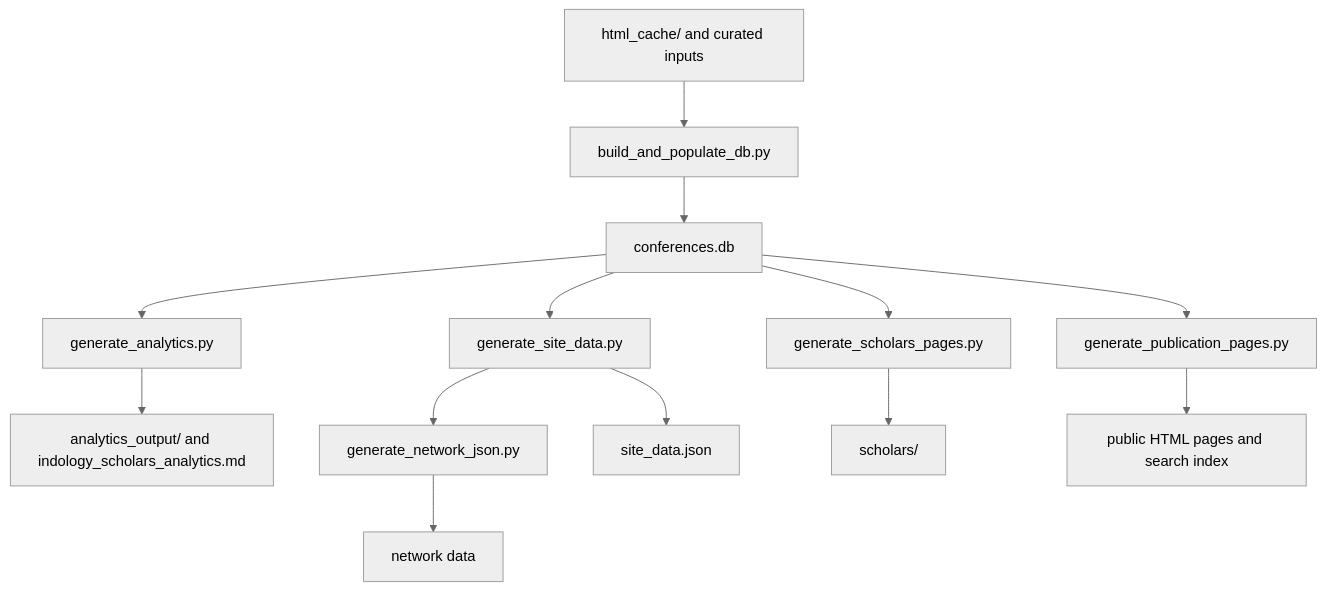
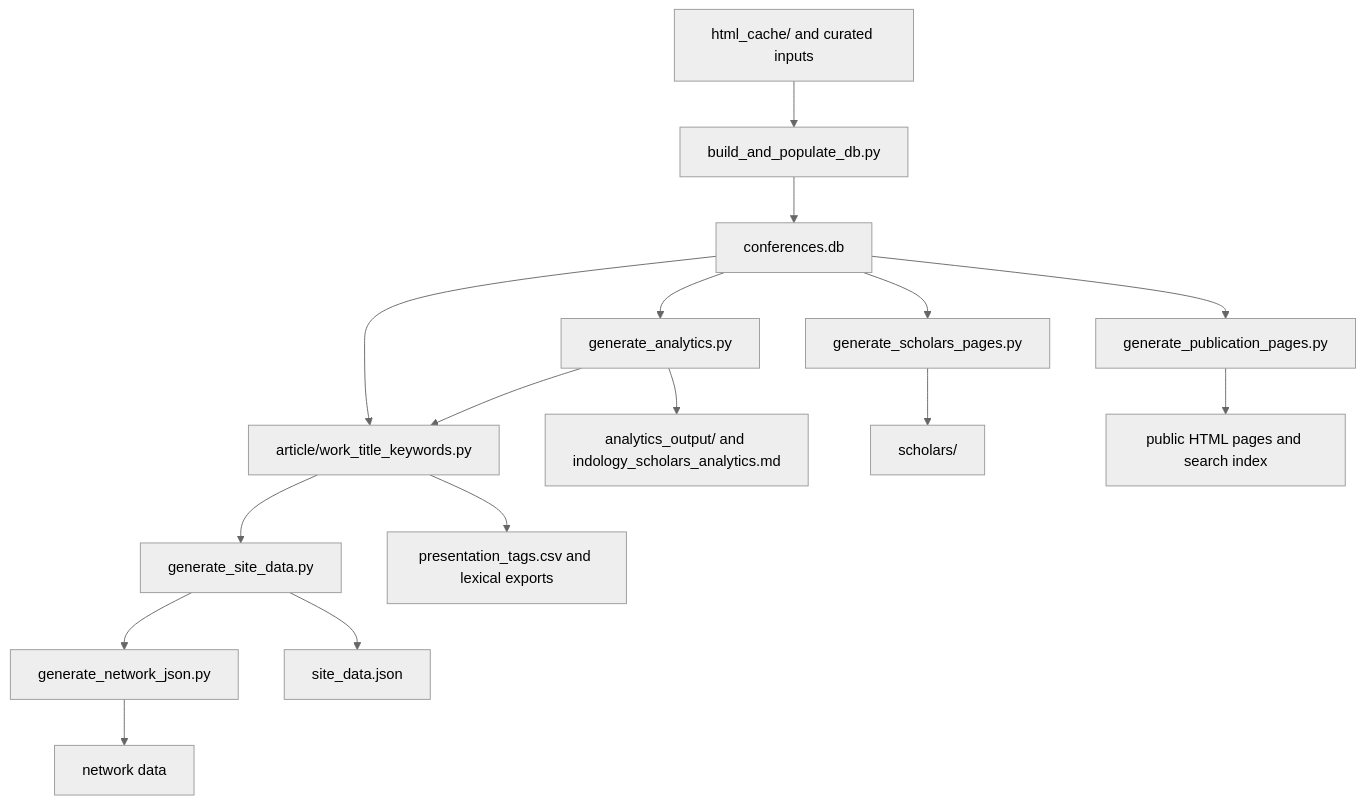
One commit to gasyoun/IndologyScholars changed the diagram in docs/development-en.md. Above: the diagram before and after it, drawn with Mermaid (neutral theme). The commit also changed other lines of this file and 86 other files, not shown here.

````diff
--- a/docs/development-en.md
+++ b/docs/development-en.md
@@ -69,15 +70,18 @@
 ```mermaid
 flowchart TD
     A["html_cache/ and curated inputs"] --> B["build_and_populate_db.py"]
     B --> C["conferences.db"]
     C --> D["generate_analytics.py"]
-    C --> E["generate_site_data.py"]
+    C --> N["article/work_title_keywords.py"]
+    D --> N
+    N --> E["generate_site_data.py"]
     E --> F["generate_network_json.py"]
     C --> G["generate_scholars_pages.py"]
     C --> H["generate_publication_pages.py"]
     D --> I["analytics_output/ and indology_scholars_analytics.md"]
+    N --> O["presentation_tags.csv and lexical exports"]
     E --> J["site_data.json"]
     F --> K["network data"]
     G --> L["scholars/"]
     H --> M["public HTML pages and search index"]
 ```
````
